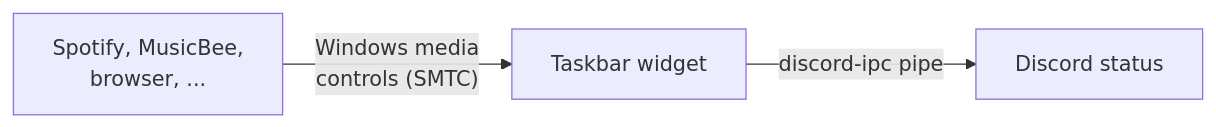
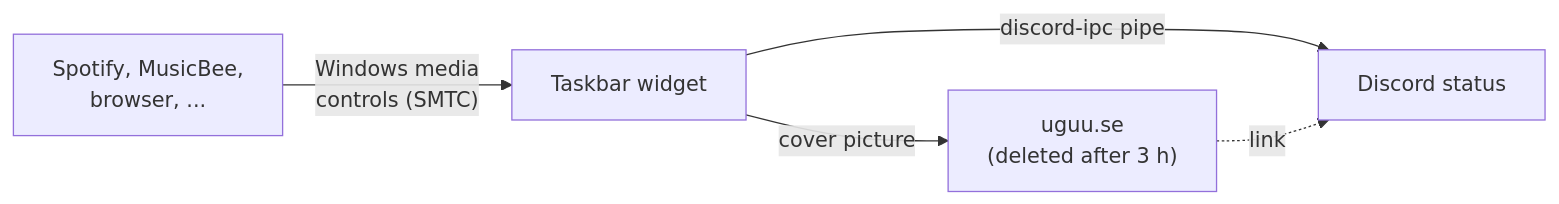
One commit to ds1s1s1/taskbar-music-lounge changed the diagram in README.md. Above: the diagram before and after it, drawn with Mermaid. The commit also changed other lines of this file and 1 other file, not shown here.

First line of the commit message:
Show the song or video picture on Discord

````diff
--- a/README.md
+++ b/README.md
@@ -127,5 +142,7 @@
 ```mermaid
 flowchart LR
     P["Spotify, MusicBee,<br/>browser, ..."] -- "Windows media<br/>controls (SMTC)" --> W["Taskbar widget"]
     W -- "discord-ipc pipe" --> D["Discord status"]
+    W -- "cover picture" --> U["uguu.se<br/>(deleted after 3 h)"]
+    U -. "link" .-> D
 ```
````
